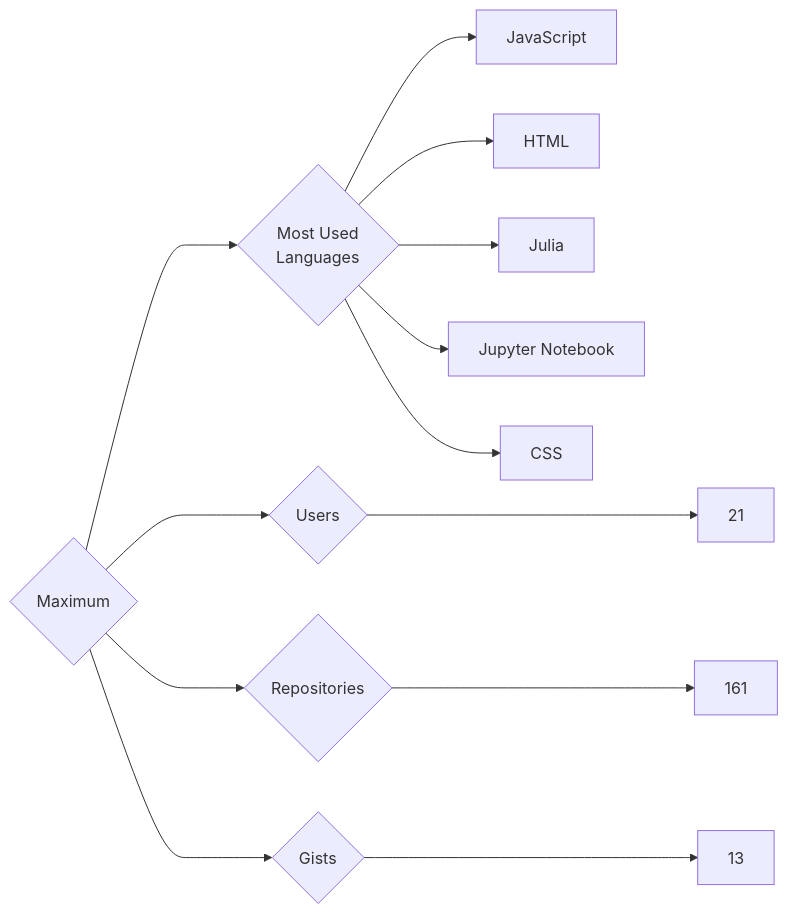
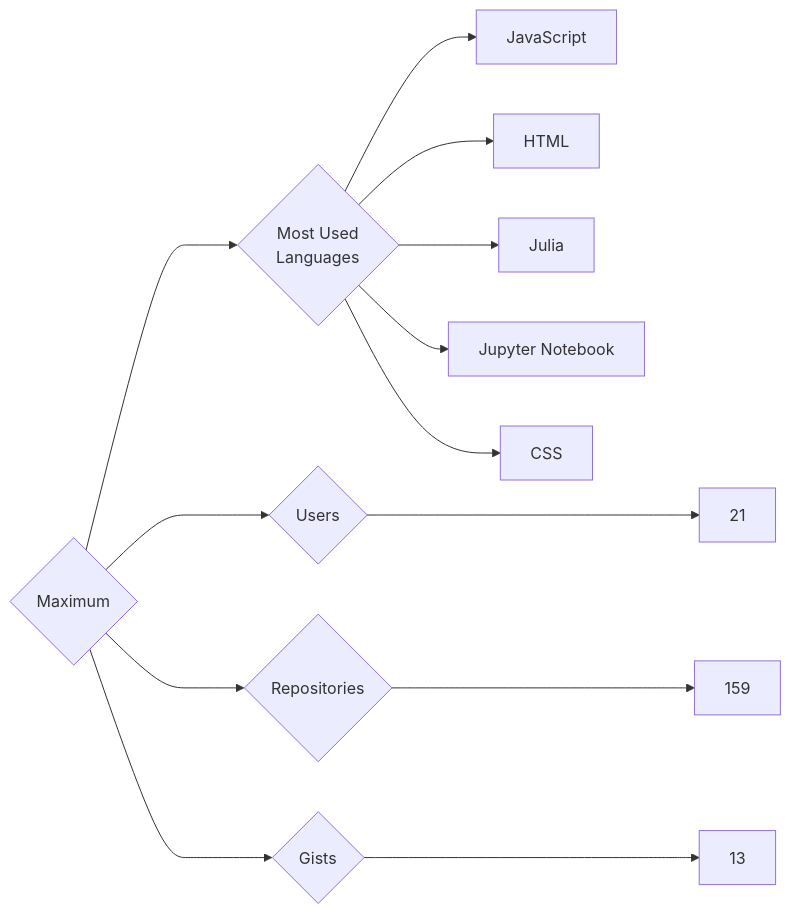
The diagram in targets/Maximum/README.md (trickest/insiders), drawn with Mermaid before and after one commit. The commit also changed 725 other files, not shown here.

````diff
--- a/targets/Maximum/README.md
+++ b/targets/Maximum/README.md
@@ -3,13 +3,13 @@
 ```mermaid
 graph LR
 COMPANY_NAME{Maximum}
 COMPANY_NAME ---> U{Users} ---> UN[21]
-COMPANY_NAME ---> R{Repositories} ---> RN[161]
+COMPANY_NAME ---> R{Repositories} ---> RN[159]
 COMPANY_NAME ---> G{Gists} ---> GN[13]
 COMPANY_NAME ---> ML{Most Used<br>Languages}
 ML --> JavaScript[JavaScript]
 ML --> HTML[HTML]
 ML --> Julia[Julia]
 ML --> Jupyter_Notebook[Jupyter Notebook]
 ML --> CSS[CSS]
 ```
````
